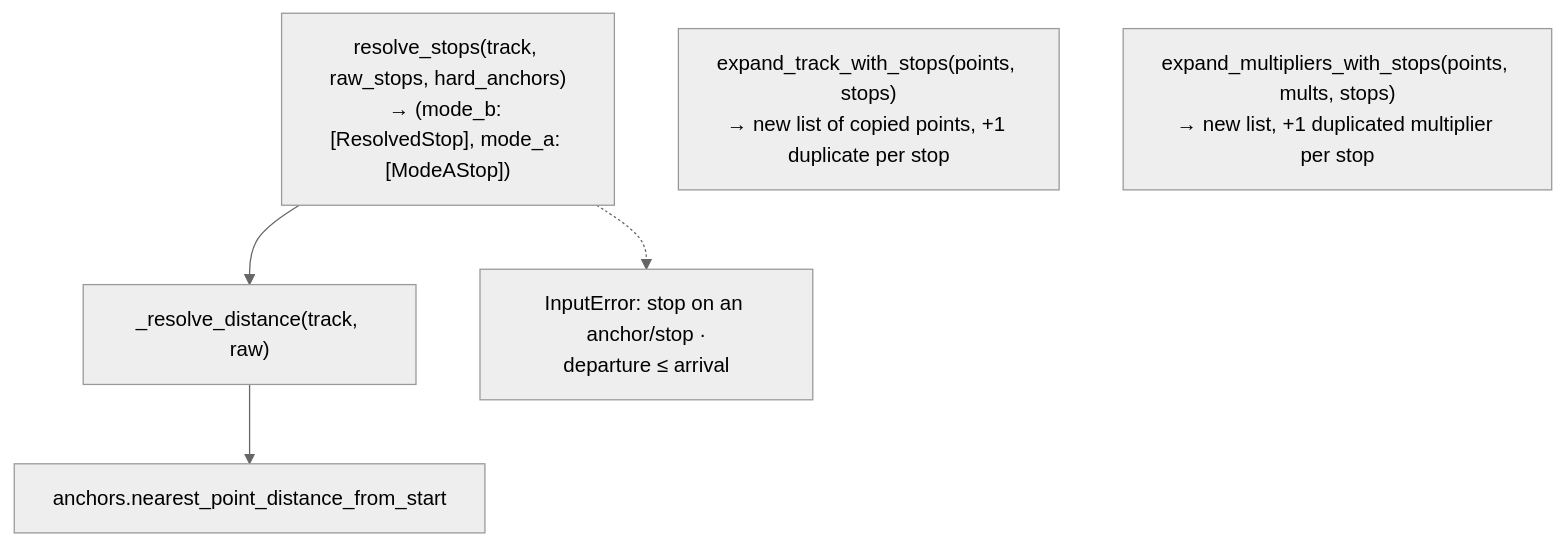
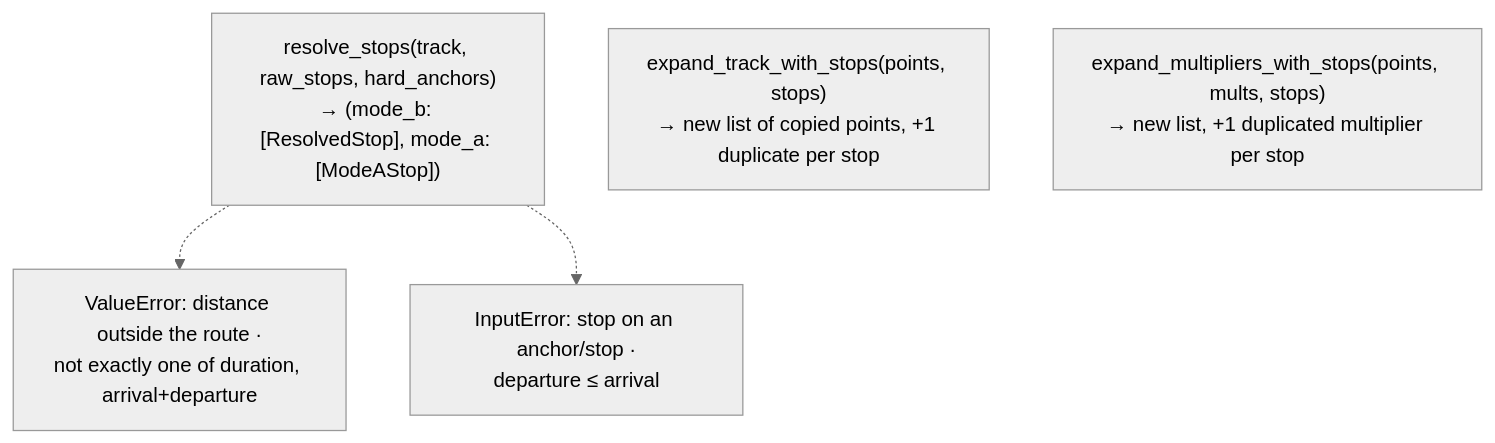
The fourth of 11 diagrams in docs/CORE_ARCHITECTURE.md (martin-iflap/GPX_to_FIT), drawn with Mermaid (neutral theme) before and after one commit. The commit also changed other lines of this file and 16 other files, not shown here.

Commit message:
2/2 of backend architecture, bug and performance checks and fixes (was actually 3 commits).

````diff
--- a/docs/CORE_ARCHITECTURE.md
+++ b/docs/CORE_ARCHITECTURE.md
@@ -249,9 +264,8 @@
 ```mermaid
 flowchart TD
   rs["resolve_stops(track, raw_stops, hard_anchors)<br/>→ (mode_b: [ResolvedStop], mode_a: [ModeAStop])"]
-  rd["_resolve_distance(track, raw)"] --> np["anchors.nearest_point_distance_from_start"]
-  rs --> rd
+  rs -.-> verr["ValueError: distance outside the route ·<br/>not exactly one of duration, arrival+departure"]
   rs -.-> err["InputError: stop on an anchor/stop ·<br/>departure ≤ arrival"]
   ets["expand_track_with_stops(points, stops)<br/>→ new list of copied points, +1 duplicate per stop"]
   ems["expand_multipliers_with_stops(points, mults, stops)<br/>→ new list, +1 duplicated multiplier per stop"]
 ```
````
